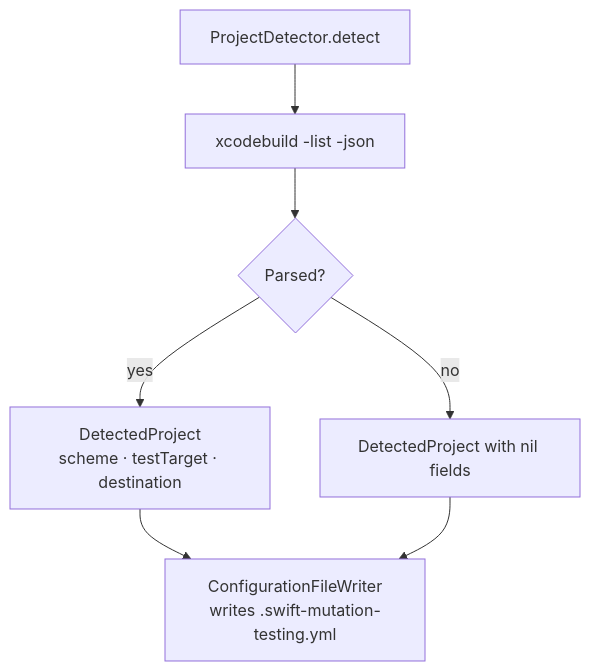
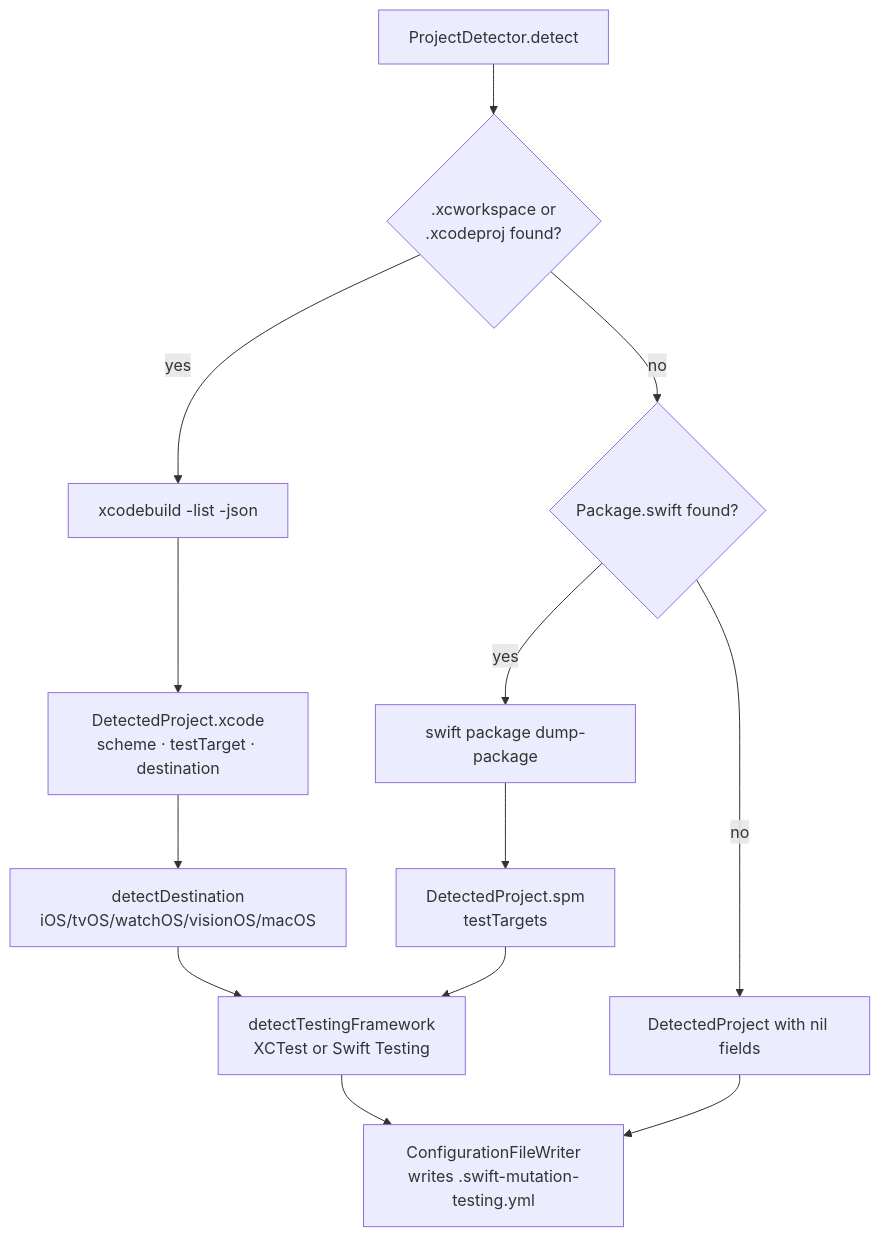
One commit to ericodx/swift-mutation-testing changed the second of 2 diagrams in Docs/Architecture/04-configuration.md. Above: the diagram before and after it, drawn with Mermaid. The commit also changed other lines of this file and 5 other files, not shown here.

Commit message:
docs: update architecture documentation

````diff
--- a/Docs/Architecture/04-configuration.md
+++ b/Docs/Architecture/04-configuration.md
@@ -117,9 +144,15 @@
 ```mermaid
 flowchart TD
-    A[ProjectDetector.detect] --> B[xcodebuild -list -json]
-    B --> C{Parsed?}
-    C -- yes --> D[DetectedProject\nscheme · testTarget · destination]
-    C -- no --> E[DetectedProject with nil fields]
-    D --> F[ConfigurationFileWriter\nwrites .swift-mutation-testing.yml]
-    E --> F
+    A[ProjectDetector.detect] --> B{.xcworkspace or\n.xcodeproj found?}
+    B -- yes --> C[xcodebuild -list -json]
+    C --> D[DetectedProject.xcode\nscheme · testTarget · destination]
+    B -- no --> E{Package.swift found?}
+    E -- yes --> F[swift package dump-package]
+    F --> G[DetectedProject.spm\ntestTargets]
+    E -- no --> H[DetectedProject with nil fields]
+    D --> I[detectDestination\niOS/tvOS/watchOS/visionOS/macOS]
+    I --> J[detectTestingFramework\nXCTest or Swift Testing]
+    G --> J
+    J --> K[ConfigurationFileWriter\nwrites .swift-mutation-testing.yml]
+    H --> K
 ```
````
